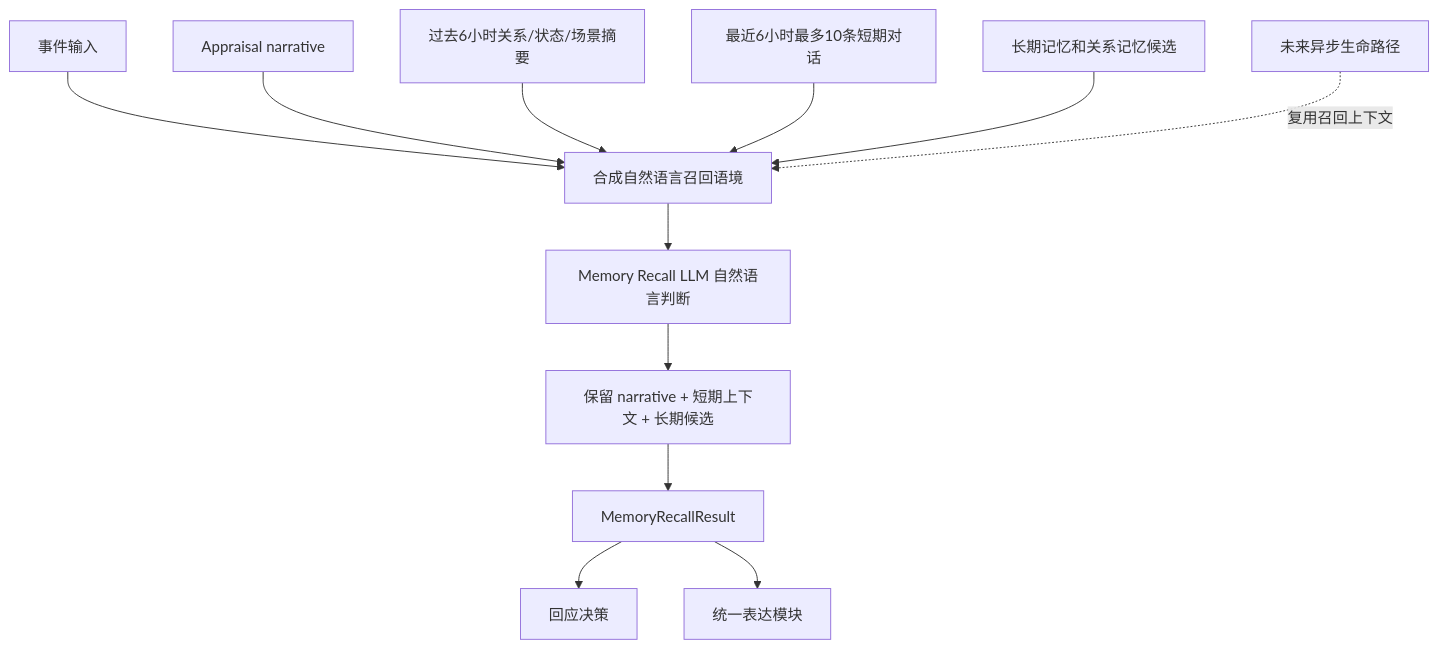
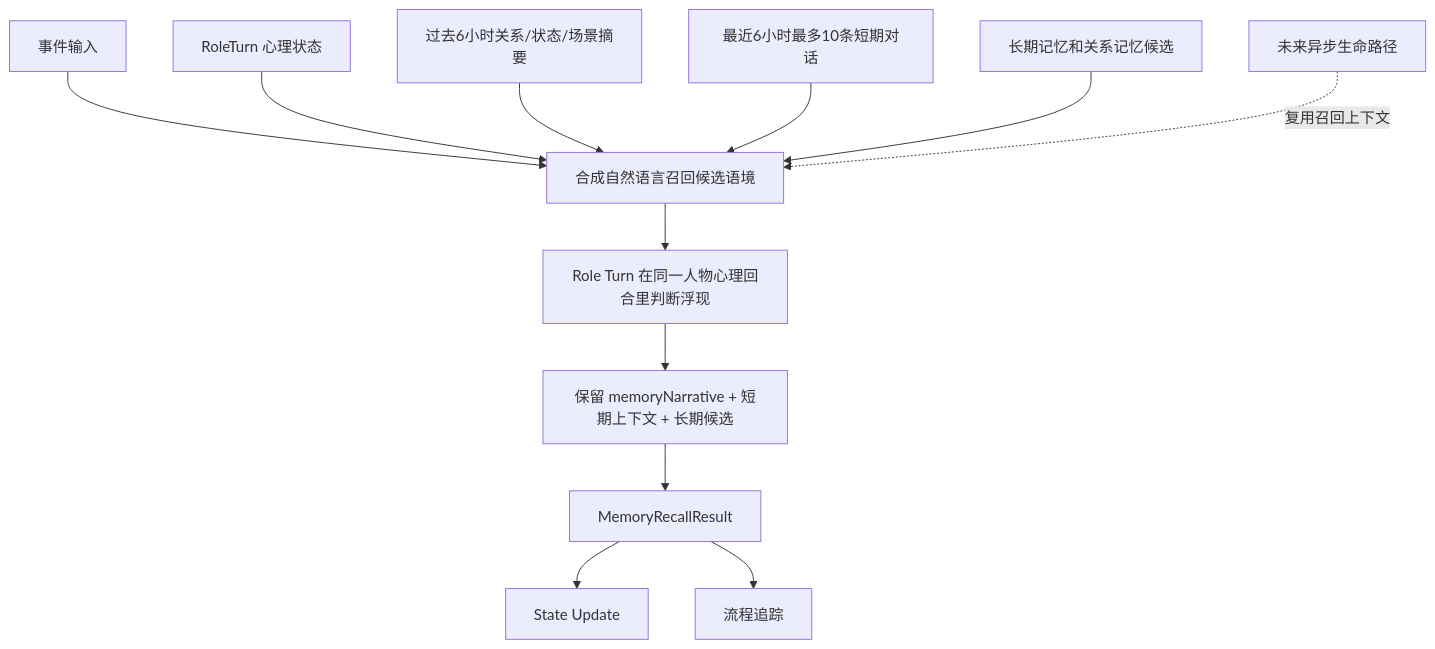
One commit to ttmanthatman/virtual-human-flow changed the sixth of 32 diagrams in docs/SYSTEM_FLOW.md. Above: the diagram before and after it, drawn with Mermaid. The commit also changed other lines of this file and 17 other files, not shown here.

Commit message:
refactor: unify conversation role turn

````diff
--- a/docs/SYSTEM_FLOW.md
+++ b/docs/SYSTEM_FLOW.md
@@ -180,14 +177,14 @@
 ```mermaid
 flowchart TD
-    E[事件输入] --> Q[合成自然语言召回语境]
-    A[Appraisal narrative] --> Q
+    E[事件输入] --> Q[合成自然语言召回候选语境]
+    A[RoleTurn 心理状态] --> Q
     R[过去6小时关系/状态/场景摘要] --> Q
     B[最近6小时最多10条短期对话] --> Q
     L[长期记忆和关系记忆候选] --> Q
-    Q --> M[Memory Recall LLM 自然语言判断]
-    M --> H[保留 narrative + 短期上下文 + 长期候选]
+    Q --> RT[Role Turn 在同一人物心理回合里判断浮现]
+    RT --> H[保留 memoryNarrative + 短期上下文 + 长期候选]
     H --> O[MemoryRecallResult]
-    O --> D[回应决策]
-    O --> P[统一表达模块]
+    O --> S[State Update]
+    O --> T[流程追踪]
     X[未来异步生命路径] -. 复用召回上下文 .-> Q
 ```
````
